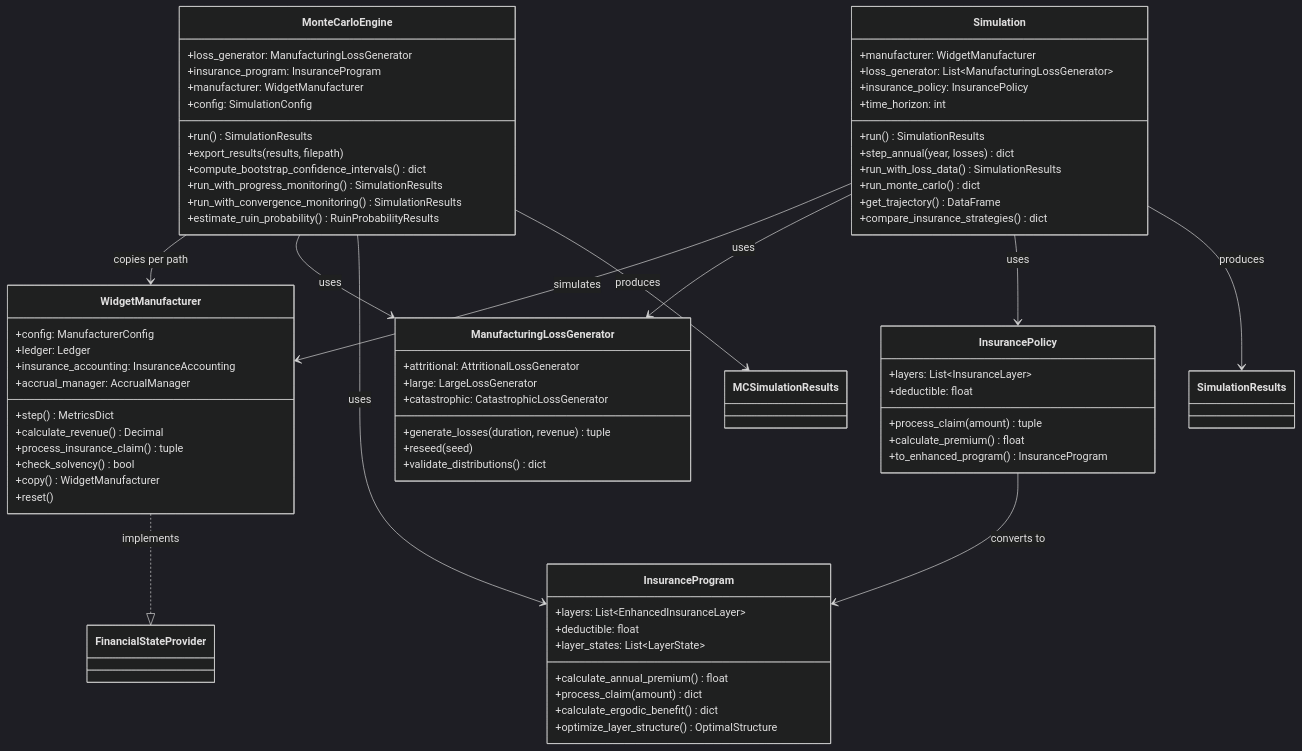
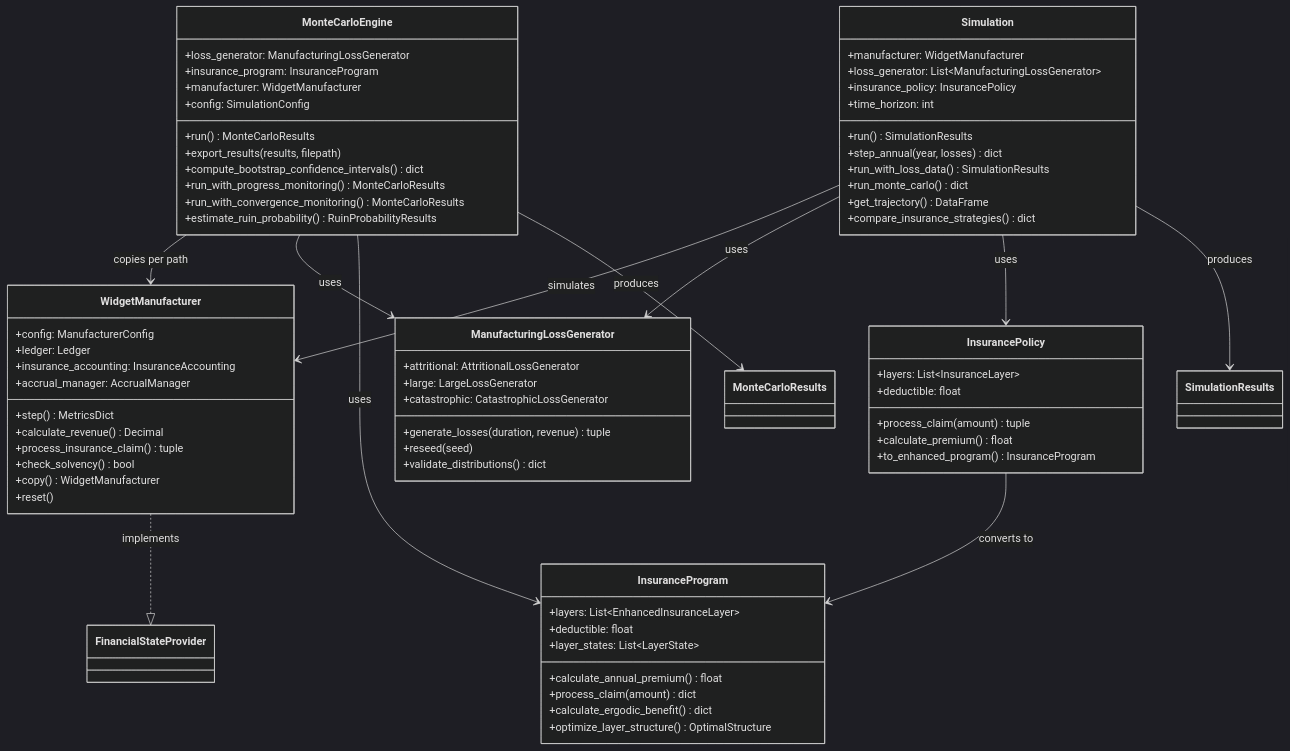
Before and after one commit to AlexFiliakov/Ergodic-Insurance-Limits: the first of 6 diagrams in ergodic_insurance/docs/architecture/class_diagrams/core_classes.md, drawn with Mermaid (dark theme). The commit also changed other lines of this file and 27 other files, not shown here.

First line of the commit message:
feat!: rename monte_carlo.SimulationResults to MonteCarloResults (#378)

```diff
--- a/ergodic_insurance/docs/architecture/class_diagrams/core_classes.md
+++ b/ergodic_insurance/docs/architecture/class_diagrams/core_classes.md
@@ -29,11 +29,11 @@
         +insurance_program: InsuranceProgram
         +manufacturer: WidgetManufacturer
         +config: SimulationConfig
-        +run() SimulationResults
+        +run() MonteCarloResults
         +export_results(results, filepath)
         +compute_bootstrap_confidence_intervals() dict
-        +run_with_progress_monitoring() SimulationResults
-        +run_with_convergence_monitoring() SimulationResults
+        +run_with_progress_monitoring() MonteCarloResults
+        +run_with_convergence_monitoring() MonteCarloResults
         +estimate_ruin_probability() RuinProbabilityResults
     }
 
@@ -85,7 +85,7 @@
     MonteCarloEngine --> WidgetManufacturer : copies per path
     MonteCarloEngine --> ManufacturingLossGenerator : uses
     MonteCarloEngine --> InsuranceProgram : uses
-    MonteCarloEngine --> MCSimulationResults : produces
+    MonteCarloEngine --> MonteCarloResults : produces
 
     InsurancePolicy --> InsuranceProgram : converts to
 
```
